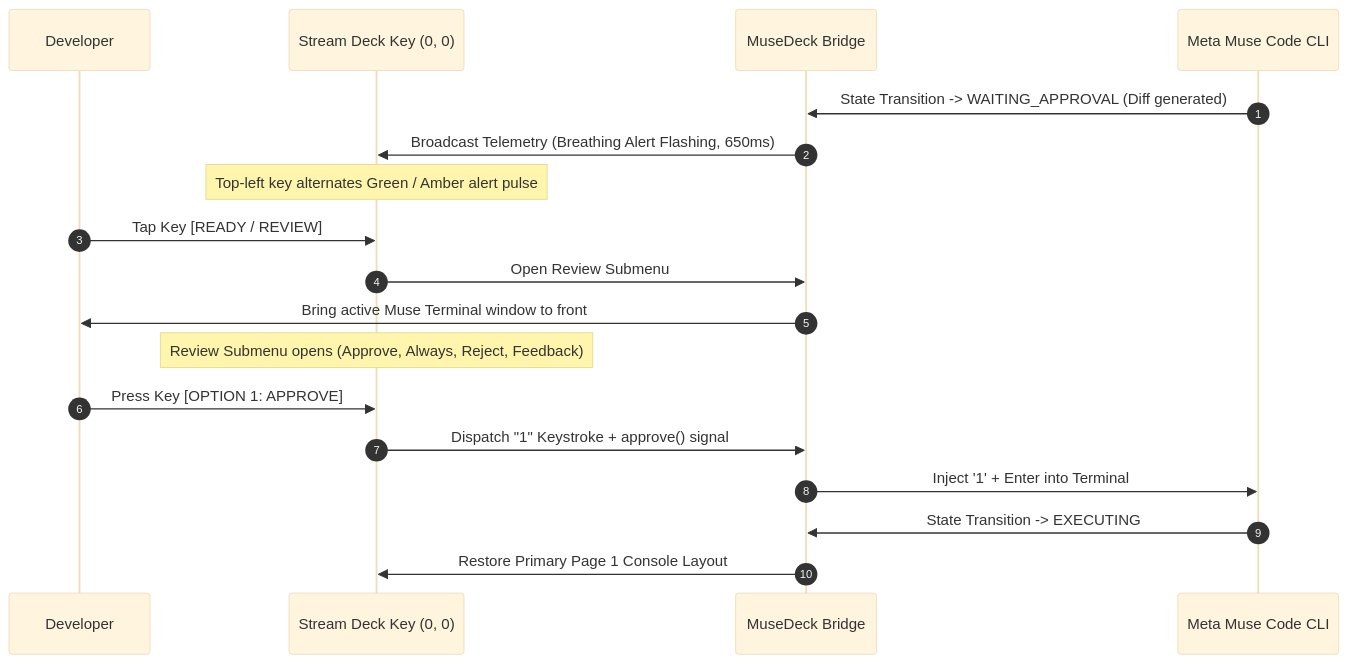
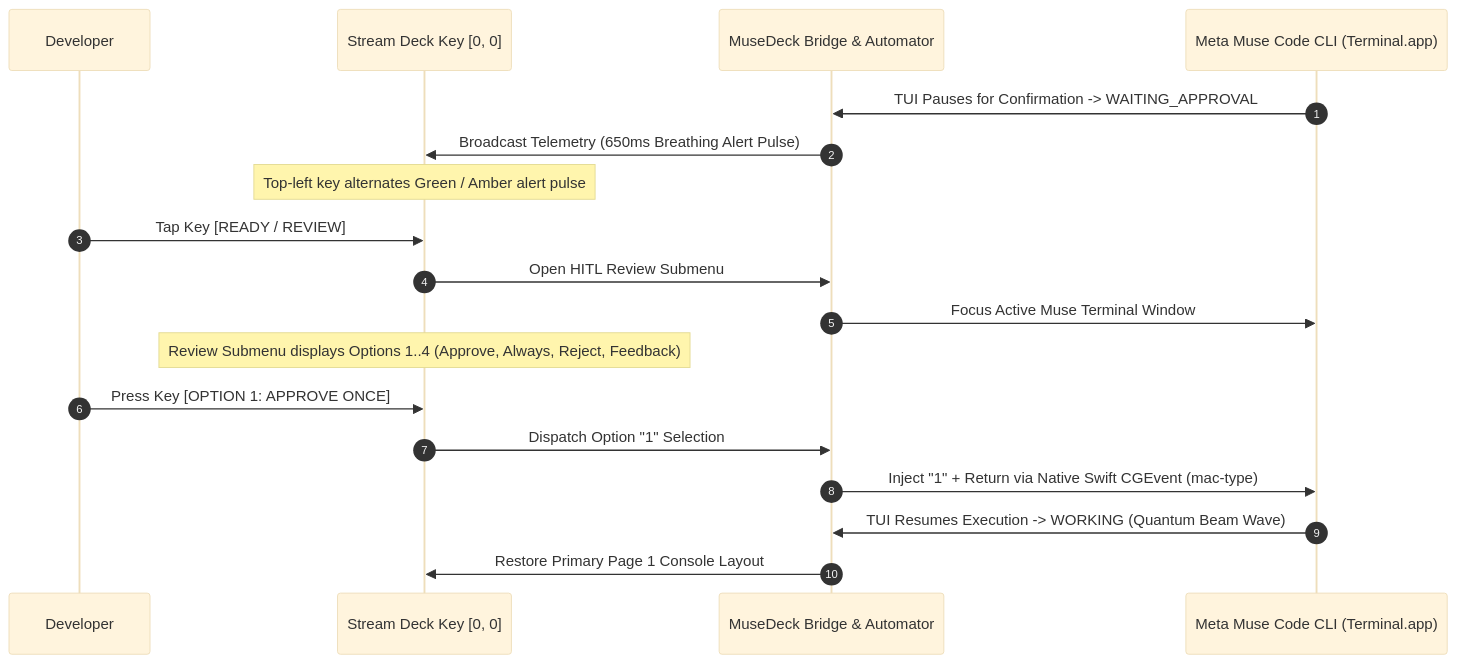
One commit to memetcircus/musedeck changed the third of 3 diagrams in README.md. Above: the diagram before and after it, drawn with Mermaid (base theme). The commit also changed other lines of this file, not shown here.

Commit message:
docs(readme): update Mermaid architecture and multimodal pipeline diagrams

````diff
--- a/README.md
+++ b/README.md
@@ -300,21 +310,21 @@
 ```mermaid
 sequenceDiagram
     autonumber
     participant Dev as Developer
-    participant SD as Stream Deck Key (0, 0)
-    participant Server as MuseDeck Bridge
-    participant Muse as Meta Muse Code CLI
+    participant SD as Stream Deck Key [0, 0]
+    participant Server as MuseDeck Bridge & Automator
+    participant Muse as Meta Muse Code CLI (Terminal.app)
 
-    Muse->>Server: State Transition -> WAITING_APPROVAL (Diff generated)
-    Server->>SD: Broadcast Telemetry (Breathing Alert Flashing, 650ms)
+    Muse->>Server: TUI Pauses for Confirmation -> WAITING_APPROVAL
+    Server->>SD: Broadcast Telemetry (650ms Breathing Alert Pulse)
     Note over SD: Top-left key alternates Green / Amber alert pulse
     Dev->>SD: Tap Key [READY / REVIEW]
-    SD->>Server: Open Review Submenu
-    Server->>Dev: Bring active Muse Terminal window to front
-    Note over SD: Review Submenu opens (Approve, Always, Reject, Feedback)
-    Dev->>SD: Press Key [OPTION 1: APPROVE]
-    SD->>Server: Dispatch "1" Keystroke + approve() signal
-    Server->>Muse: Inject '1' + Enter into Terminal
-    Muse->>Server: State Transition -> EXECUTING
+    SD->>Server: Open HITL Review Submenu
+    Server->>Muse: Focus Active Muse Terminal Window
+    Note over SD: Review Submenu displays Options 1..4 (Approve, Always, Reject, Feedback)
+    Dev->>SD: Press Key [OPTION 1: APPROVE ONCE]
+    SD->>Server: Dispatch Option "1" Selection
+    Server->>Muse: Inject "1" + Return via Native Swift CGEvent (mac-type)
+    Muse->>Server: TUI Resumes Execution -> WORKING (Quantum Beam Wave)
     Server->>SD: Restore Primary Page 1 Console Layout
 ```
````
